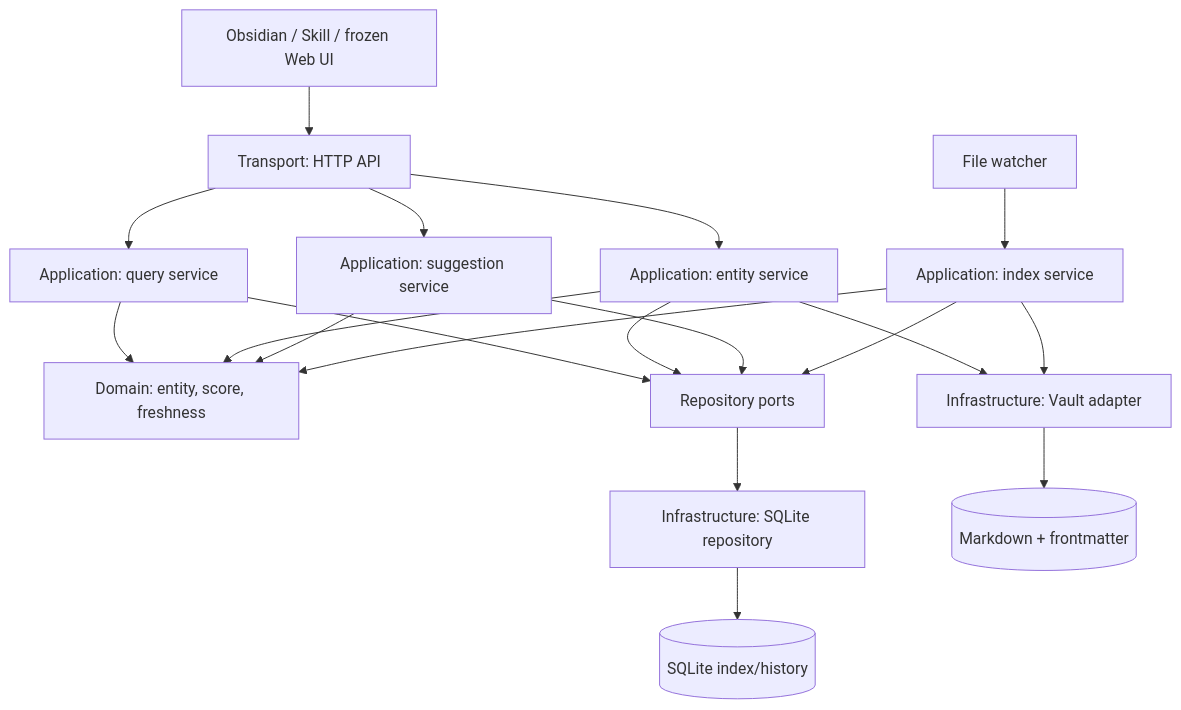
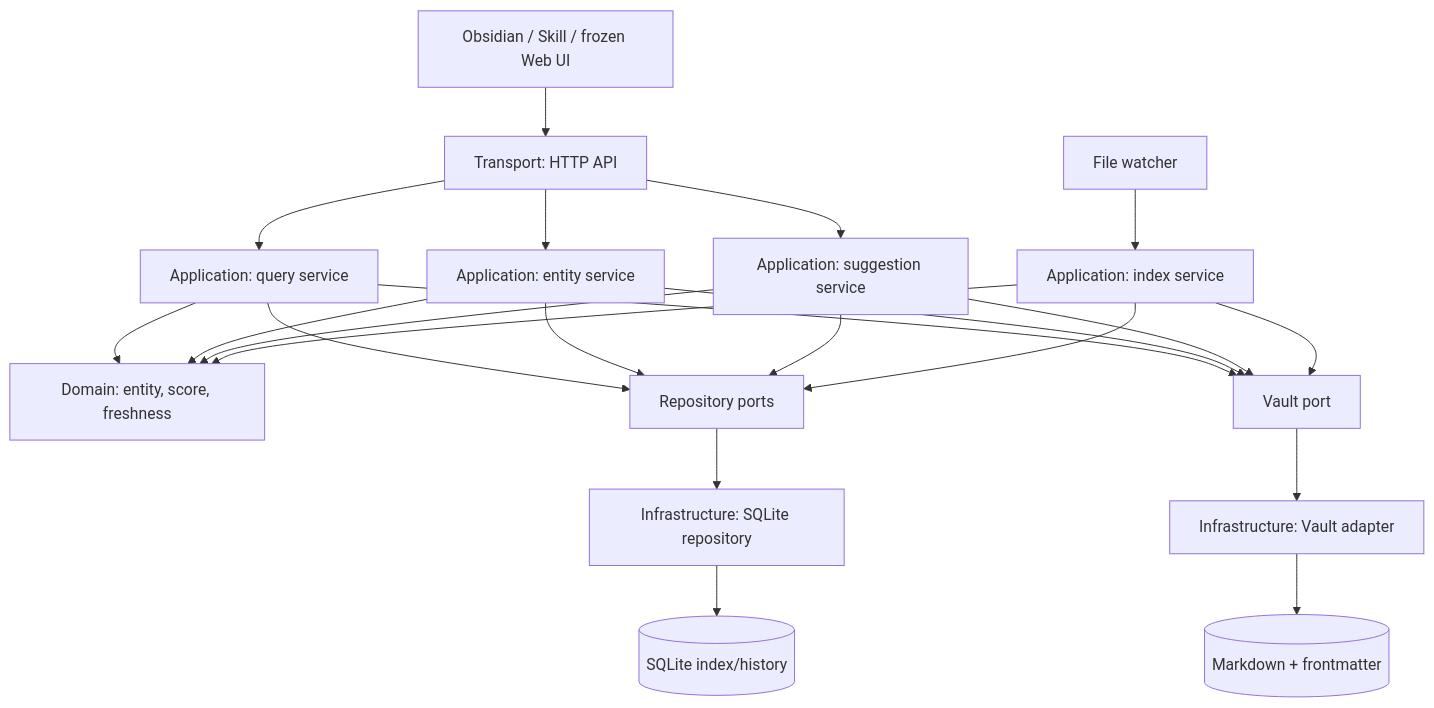
The diagram in docs/ARCHITECTURE.md (jadelaglace/Compass), drawn with Mermaid before and after one commit. The commit also changed other lines of this file and 35 other files, not shown here.

````diff
--- a/docs/ARCHITECTURE.md
+++ b/docs/ARCHITECTURE.md
@@ -30,21 +30,24 @@
 ```mermaid
 flowchart TB
     Client["Obsidian / Skill / frozen Web UI"] --> HTTP["Transport: HTTP API"]
     Watch["File watcher"] --> Index["Application: index service"]
     HTTP --> Query["Application: query service"]
     HTTP --> Entity["Application: entity service"]
     HTTP --> Suggest["Application: suggestion service"]
     Query --> Domain["Domain: entity, score, freshness"]
     Entity --> Domain
     Suggest --> Domain
     Index --> Domain
     Query --> Repo["Repository ports"]
     Entity --> Repo
     Suggest --> Repo
     Index --> Repo
+    Query --> Vault["Vault port"]
+    Entity --> Vault
+    Suggest --> Vault
+    Index --> Vault
     Repo --> Sqlite["Infrastructure: SQLite repository"]
-    Entity --> Vault["Infrastructure: Vault adapter"]
-    Index --> Vault
+    Vault --> VaultAdapter["Infrastructure: Vault adapter"]
     Sqlite --> DB[("SQLite index/history")]
-    Vault --> Files[("Markdown + frontmatter")]
+    VaultAdapter --> Files[("Markdown + frontmatter")]
 ```
````
